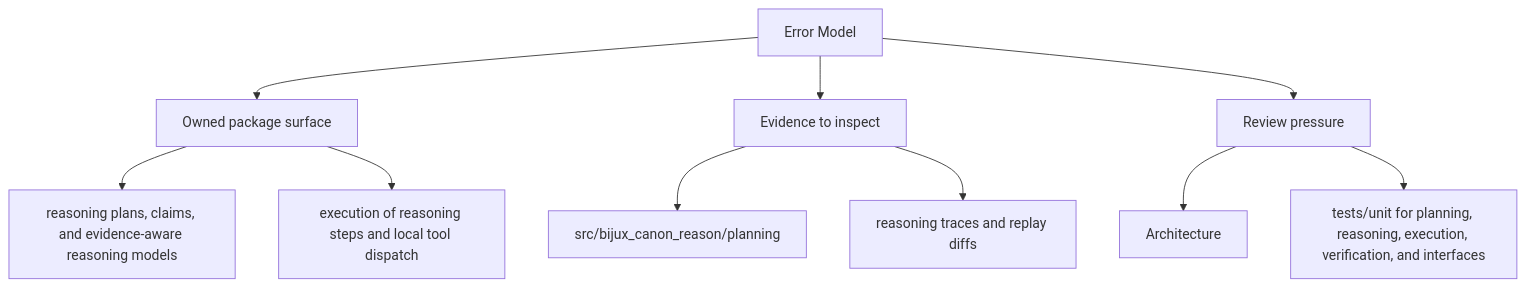
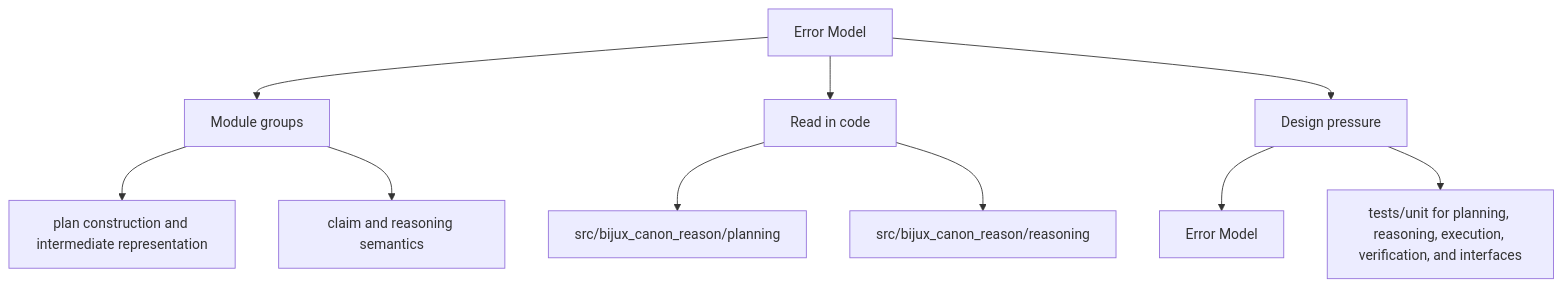
The second of 2 diagrams in docs/bijux-canon-reason/architecture/error-model.md (bijux/bijux-canon), drawn with Mermaid before and after one commit. The commit also changed other lines of this file and 250 other files, not shown here.

Commit message:
docs(diagrams): make product page maps more readable

````diff
--- a/docs/bijux-canon-reason/architecture/error-model.md
+++ b/docs/bijux-canon-reason/architecture/error-model.md
@@ -35,22 +35,22 @@
 ```mermaid
 flowchart TD
     page["Error Model"]
-    focus1["Owned package surface"]
+    focus1["Module groups"]
     page --> focus1
-    focus1_1["reasoning plans, claims, and evidence-aware reasoning models"]
+    focus1_1["plan construction and intermediate representation"]
     focus1 --> focus1_1
-    focus1_2["execution of reasoning steps and local tool dispatch"]
+    focus1_2["claim and reasoning semantics"]
     focus1 --> focus1_2
-    focus2["Evidence to inspect"]
+    focus2["Read in code"]
     page --> focus2
     focus2_1["src/bijux_canon_reason/planning"]
     focus2 --> focus2_1
-    focus2_2["reasoning traces and replay diffs"]
+    focus2_2["src/bijux_canon_reason/reasoning"]
     focus2 --> focus2_2
-    focus3["Review pressure"]
+    focus3["Design pressure"]
     page --> focus3
-    focus3_1["Architecture"]
+    focus3_1["Error Model"]
     focus3 --> focus3_1
     focus3_2["tests/unit for planning, reasoning, execution, verification, and interfaces"]
     focus3 --> focus3_2
 ```
````
